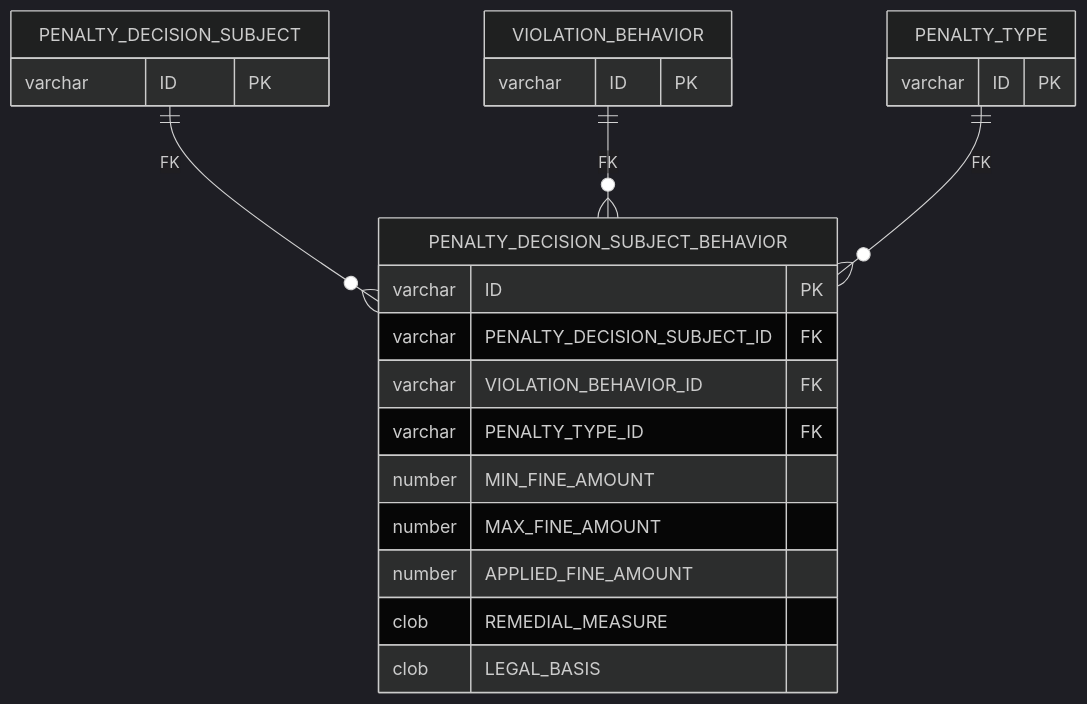
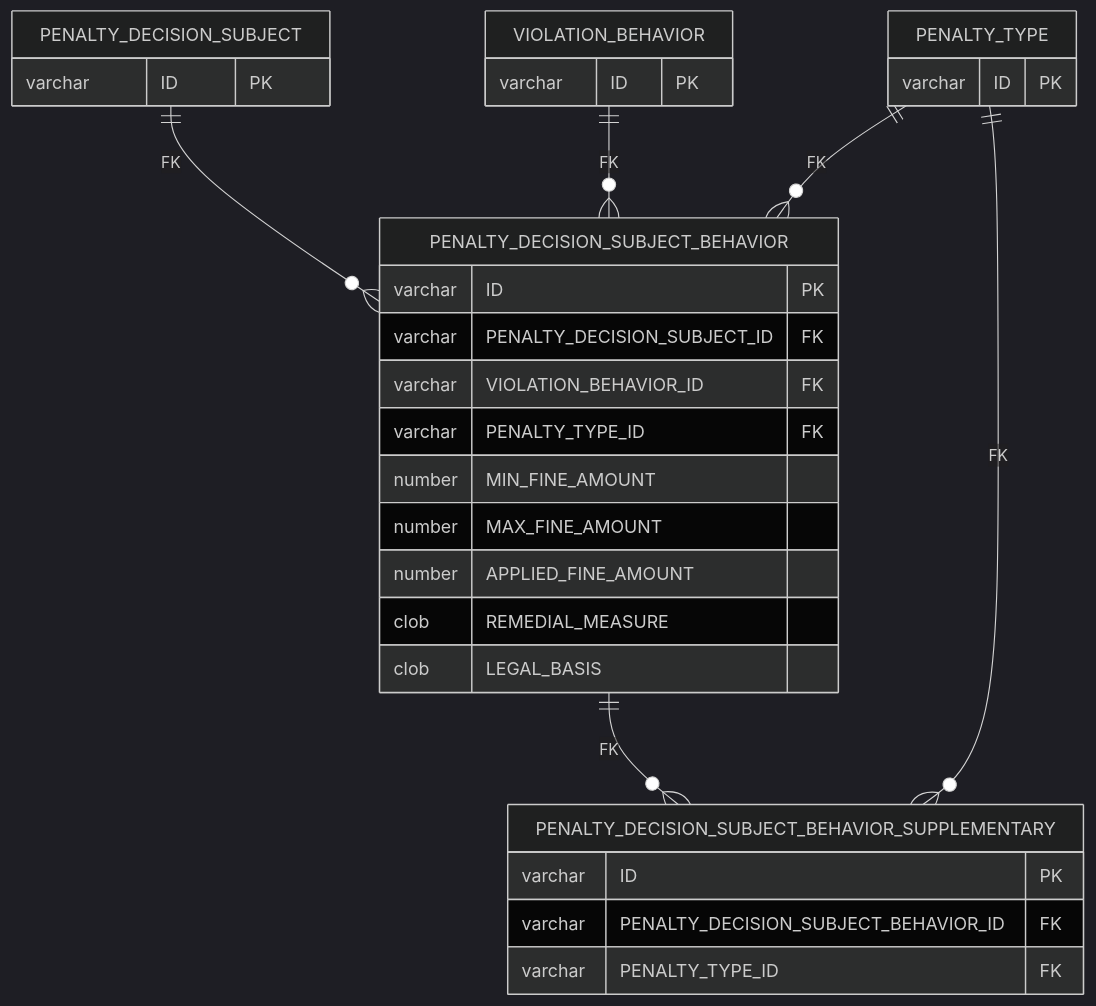
Before and after one commit to linhlvit/ubck_atomic_design: the first of 2 diagrams in DataModel/working/Atomic/hld/THANHTRA_HLD_Tier6.md, drawn with Mermaid (dark theme). The commit also changed other lines of this file and 115 other files, not shown here.

Commit message:
pre SCMS, THANHTRA theo schema UAT moi

````diff
--- a/DataModel/working/Atomic/hld/THANHTRA_HLD_Tier6.md
+++ b/DataModel/working/Atomic/hld/THANHTRA_HLD_Tier6.md
@@ -18,28 +19,37 @@
 ```mermaid
 erDiagram
     PENALTY_DECISION_SUBJECT {
         varchar ID PK
     }
     VIOLATION_BEHAVIOR {
         varchar ID PK
     }
     PENALTY_TYPE {
         varchar ID PK
     }
 
     PENALTY_DECISION_SUBJECT_BEHAVIOR {
         varchar ID PK
         varchar PENALTY_DECISION_SUBJECT_ID FK
         varchar VIOLATION_BEHAVIOR_ID FK
         varchar PENALTY_TYPE_ID FK
         number MIN_FINE_AMOUNT
         number MAX_FINE_AMOUNT
         number APPLIED_FINE_AMOUNT
         clob REMEDIAL_MEASURE
         clob LEGAL_BASIS
     }
 
     PENALTY_DECISION_SUBJECT ||--o{ PENALTY_DECISION_SUBJECT_BEHAVIOR : "FK"
     VIOLATION_BEHAVIOR ||--o{ PENALTY_DECISION_SUBJECT_BEHAVIOR : "FK"
     PENALTY_TYPE ||--o{ PENALTY_DECISION_SUBJECT_BEHAVIOR : "FK"
+
+    PENALTY_DECISION_SUBJECT_BEHAVIOR_SUPPLEMENTARY {
+        varchar ID PK
+        varchar PENALTY_DECISION_SUBJECT_BEHAVIOR_ID FK
+        varchar PENALTY_TYPE_ID FK
+    }
+
+    PENALTY_DECISION_SUBJECT_BEHAVIOR ||--o{ PENALTY_DECISION_SUBJECT_BEHAVIOR_SUPPLEMENTARY : "FK"
+    PENALTY_TYPE ||--o{ PENALTY_DECISION_SUBJECT_BEHAVIOR_SUPPLEMENTARY : "FK"
 ```
````
